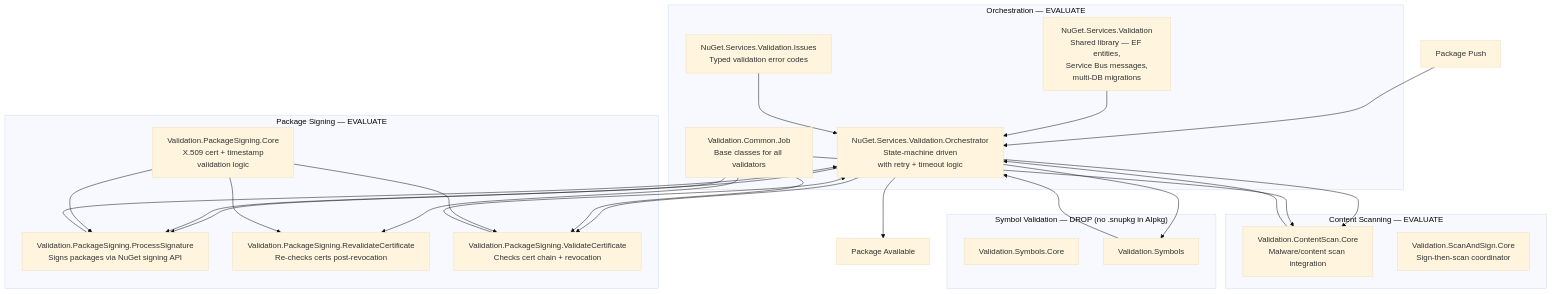
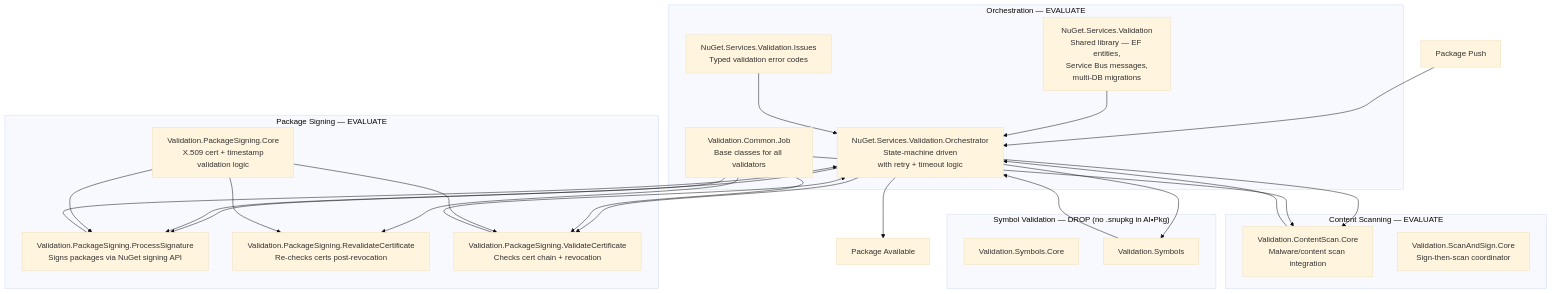
The fourth of 14 diagrams in src/AIPkg.Docs/inventory/index.mdx (CloudNimble/AIPkgGallery), drawn with Mermaid (base theme) before and after one commit. The commit also changed other lines of this file and 63 other files, not shown here.

````diff
--- a/src/AIPkg.Docs/inventory/index.mdx
+++ b/src/AIPkg.Docs/inventory/index.mdx
@@ -129,38 +129,38 @@
 ```mermaid
 graph TD
     subgraph "Orchestration — EVALUATE"
         VO["NuGet.Services.Validation.Orchestrator<br/>State-machine driven<br/>with retry + timeout logic"]
         VE["NuGet.Services.Validation<br/>Shared library — EF entities,<br/>Service Bus messages,<br/>multi-DB migrations"]
         VI["NuGet.Services.Validation.Issues<br/>Typed validation error codes"]
         VC["Validation.Common.Job<br/>Base classes for all validators"]
     end
 
     subgraph "Package Signing — EVALUATE"
         PSC["Validation.PackageSigning.Core<br/>X.509 cert + timestamp<br/>validation logic"]
         PSP["Validation.PackageSigning.ProcessSignature<br/>Signs packages via NuGet signing API"]
         PSR["Validation.PackageSigning.RevalidateCertificate<br/>Re-checks certs post-revocation"]
         PSV["Validation.PackageSigning.ValidateCertificate<br/>Checks cert chain + revocation"]
     end
 
-    subgraph "Symbol Validation — DROP (no .snupkg in AIpkg)"
+    subgraph "Symbol Validation — DROP (no .snupkg in AI•Pkg)"
         SC["Validation.Symbols.Core"]
         SV["Validation.Symbols"]
     end
 
     subgraph "Content Scanning — EVALUATE"
         CC["Validation.ContentScan.Core<br/>Malware/content scan integration"]
         SSC["Validation.ScanAndSign.Core<br/>Sign-then-scan coordinator"]
     end
 
     Push[Package Push] --> VO
     VO --> PSP
     VO --> PSV
     VO --> CC
     VO --> SV
     PSP & PSV & CC & SV --> VO
     VO --> Available[Package Available]
     VE --> VO
     VI --> VO
     VC --> PSP & PSV & PSR & CC
     PSC --> PSP & PSV & PSR
 ```
````
